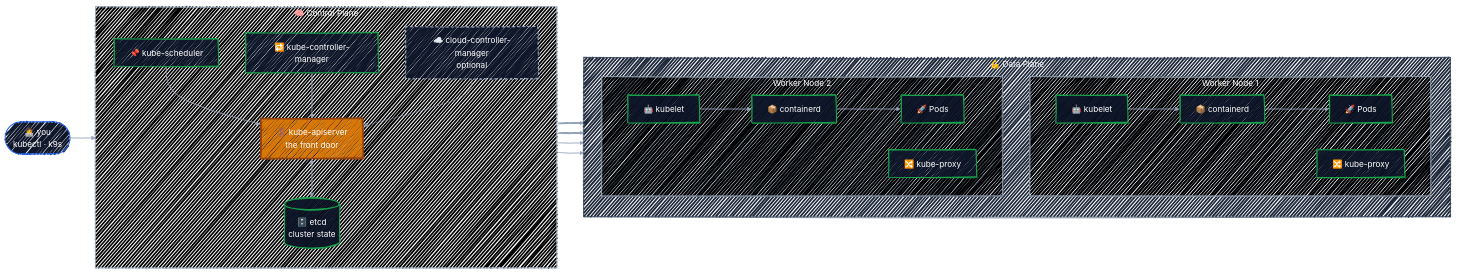
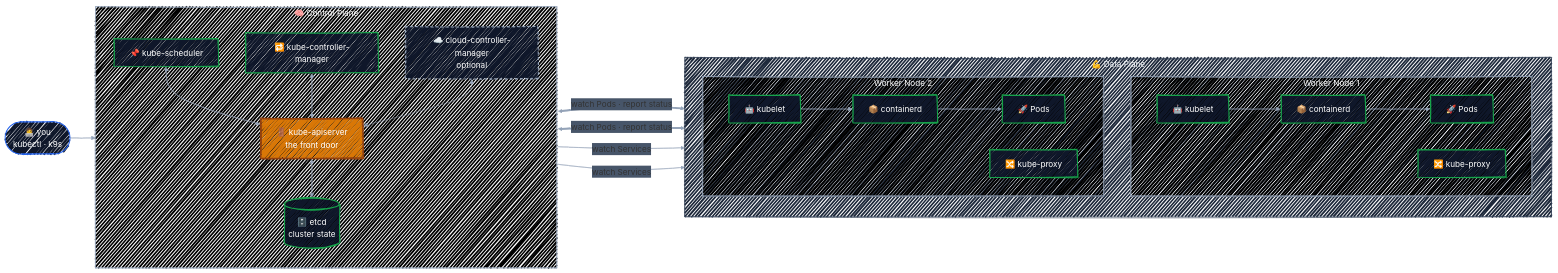
One commit to r97221004/k8s-tutorial changed the diagram in docs/getting-started/architecture.md. Above: the diagram before and after it, drawn with Mermaid. The commit also changed other lines of this file, not shown here.

Commit message:
docs: show watch-based, two-way data flow in the architecture diagram
- Use two-way arrows for components that both watch and write back
  (scheduler, controller managers, kubelet); kube-proxy stays one-way.
- Label node edges "watch Pods · report status" / "watch Services".
- Explain that components pull via watches rather than the apiserver
  pushing, with the logs/exec/port-forward exception.
- Shorten step 2 of the kubectl apply walkthrough.

````diff
--- a/docs/getting-started/architecture.md
+++ b/docs/getting-started/architecture.md
@@ -14,64 +14,64 @@
 ```mermaid
 ---
 config:
   look: handDrawn
   theme: default
   themeVariables:
     fontFamily: '"Comic Sans MS", "Comic Sans", "Segoe Print", "Bradley Hand", cursive'
     clusterBkg: '#FAFAFA'
     clusterBorder: '#94A3B8'
     lineColor: '#94A3B8'
     edgeLabelBackground: '#475569'
   themeCSS: |
     .edgeLabel, .edgeLabel p, .edgeLabel span { color: #FFFFFF !important; }
 ---
 flowchart LR
     you(["👩‍💻 you<br/>kubectl · k9s"])
 
     subgraph cp["🧠 Control Plane"]
         direction TB
         api["🚪 kube-apiserver<br/>the front door"]
         etcd[("🗄️ etcd<br/>cluster state")]
         sched["📌 kube-scheduler"]
         kcm["🔁 kube-controller-manager"]
         ccm["☁️ cloud-controller-manager<br/>optional"]
-        sched --> api
-        kcm --> api
-        ccm -.-> api
+        sched <--> api
+        kcm <--> api
+        ccm <-.-> api
         api <--> etcd
     end
 
     subgraph dp["💪 Data Plane"]
         direction TB
         subgraph w1["Worker Node 1"]
             direction LR
             k1["🤖 kubelet"] --> r1["📦 containerd"] --> p1["🚀 Pods"]
             x1["🔀 kube-proxy"]
         end
         subgraph w2["Worker Node 2"]
             direction LR
             k2["🤖 kubelet"] --> r2["📦 containerd"] --> p2["🚀 Pods"]
             x2["🔀 kube-proxy"]
         end
     end
 
     you --> api
-    api ==> k1
-    api ==> k2
-    api --> x1
-    api --> x2
+    api <==>|"watch Pods · report status"| k1
+    api <==>|"watch Pods · report status"| k2
+    api -->|"watch Services"| x1
+    api -->|"watch Services"| x2
 
     classDef ctrl fill:#0F172A,stroke:#2563EB,stroke-width:2px,color:#FFFFFF
     classDef eng fill:#D97706,stroke:#92400E,stroke-width:3px,color:#FFFFFF
     classDef tgt fill:#0F172A,stroke:#16A34A,stroke-width:2px,color:#FFFFFF
     classDef opt fill:#0F172A,stroke:#94A3B8,stroke-width:2px,stroke-dasharray:5 5,color:#FFFFFF
     class you ctrl
     class api eng
     class etcd,sched,kcm,k1,r1,p1,x1,k2,r2,p2,x2 tgt
     class ccm opt
 
     style cp fill:#000000,stroke:#94A3B8,color:#FFFFFF,fillStyle:solid
     style dp fill:#1E293B,stroke:#334155,color:#F1F5F9,fillStyle:solid
     style w1 fill:#000000,stroke:#94A3B8,color:#FFFFFF,fillStyle:solid
     style w2 fill:#000000,stroke:#94A3B8,color:#FFFFFF,fillStyle:solid
 ```
````
